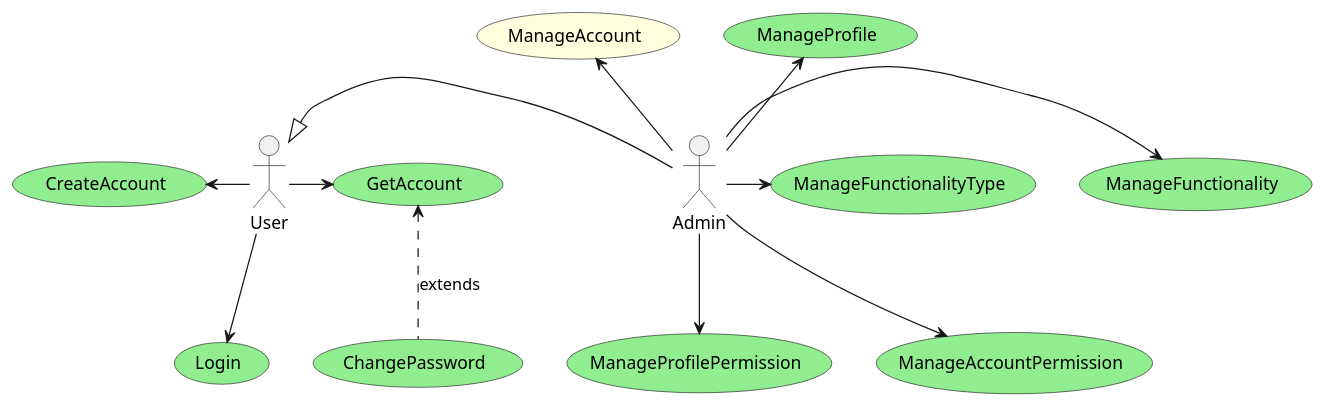
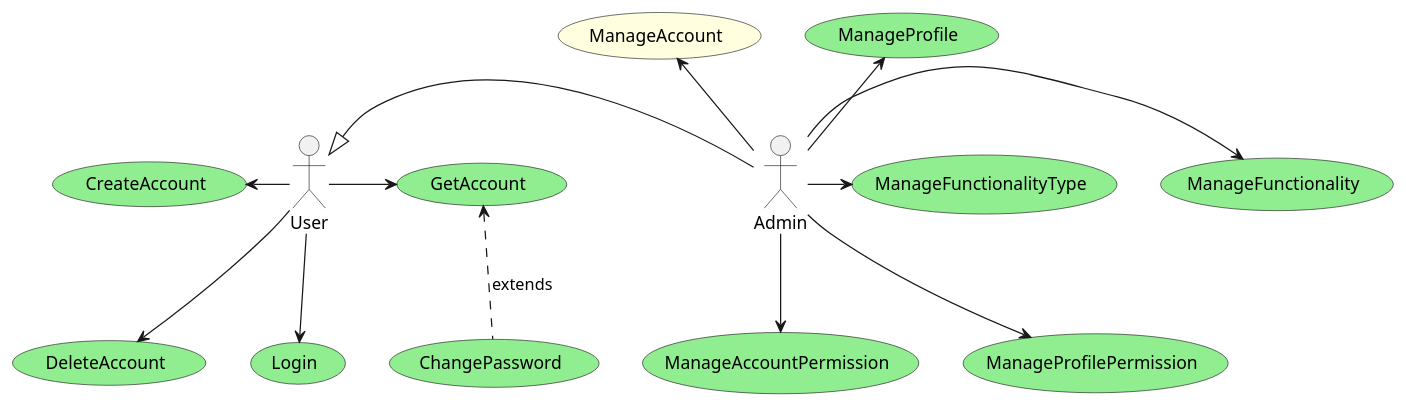
One commit to zehgreven/nutri-be-ddd-ca changed the diagram in documentation/usecase/UseCase.iam.puml. Above: the diagram before and after it, drawn with PlantUML. The commit also changed 13 other files, not shown here.

Commit message:
Created DeleteAccount

```diff
--- a/documentation/usecase/UseCase.iam.puml
+++ b/documentation/usecase/UseCase.iam.puml
@@ -1,31 +1,33 @@
 @startuml Use Case
 
 actor User
 actor Admin
 
 usecase CreateAccount #LightGreen
 usecase Login #LightGreen
 usecase GetAccount #LightGreen
+usecase DeleteAccount #LightGreen
 usecase ChangePassword #LightGreen
 usecase ManageProfile #LightGreen
 usecase ManageFunctionalityType #LightGreen
 usecase ManageFunctionality #LightGreen
 usecase ManageProfilePermission #LightGreen
 usecase ManageAccountPermission #LightGreen
 usecase ManageAccount #LightYellow
 
 User <|-r- Admin
 
 User -l-> (CreateAccount) 
+User -d-> (DeleteAccount)
 User -r-> (GetAccount)
 (GetAccount) <.d. (ChangePassword) : extends
 User -d-> (Login)
 
 Admin -u-> (ManageProfile) 
 Admin -u-> (ManageAccount) 
 Admin -d-> (ManageProfilePermission) 
 Admin -d-> (ManageAccountPermission) 
 Admin -r-> (ManageFunctionality) 
 Admin -r-> (ManageFunctionalityType) 
 
 @enduml
```
